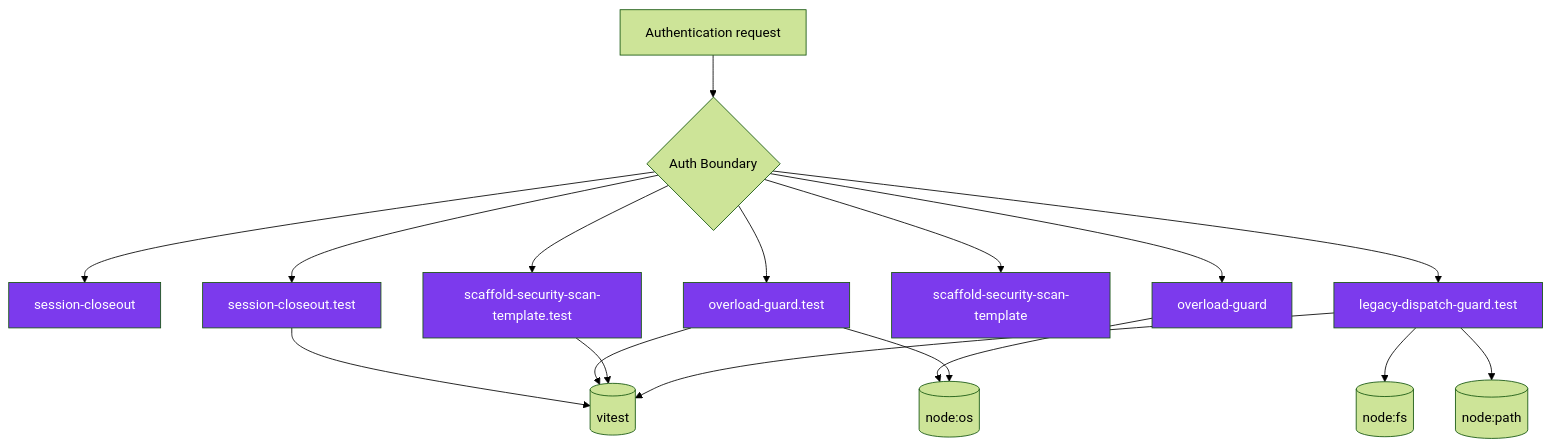
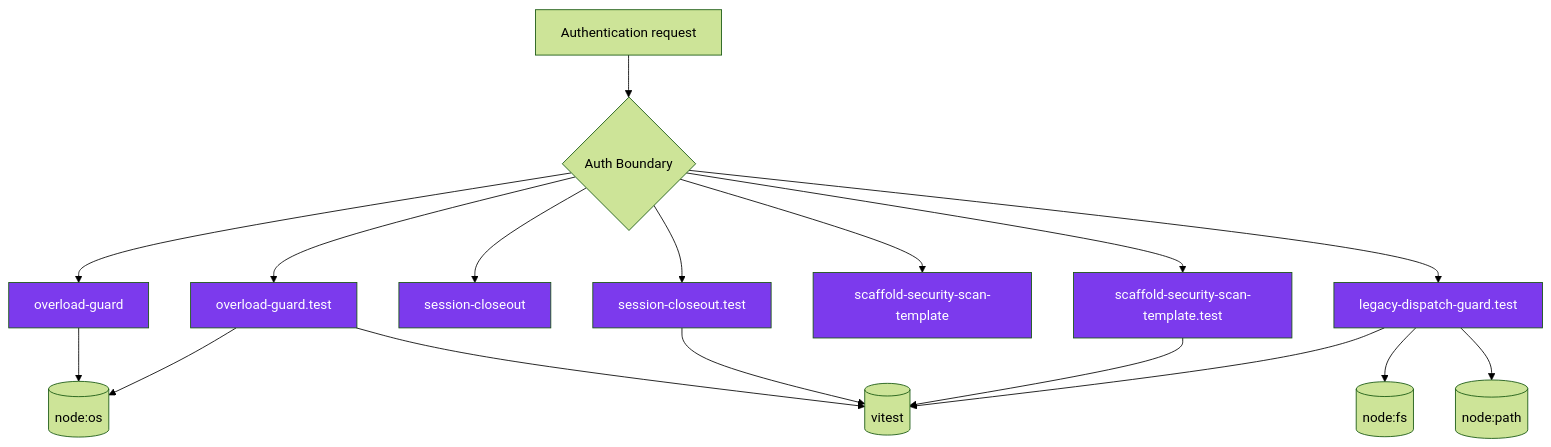
Before and after one commit to jscraik/coding-harness: the third of 14 diagrams in AI/context/diagram-context.md, drawn with Mermaid (forest theme). The commit also changed other lines of this file and 200 other files, not shown here.

````diff
--- a/AI/context/diagram-context.md
+++ b/AI/context/diagram-context.md
@@ -329,35 +446,35 @@
 ```mermaid
 flowchart TD
   Request["Authentication request"]
   Boundary{"Auth Boundary"}
   Request --> Boundary
+  overload_guard_2748c559["overload-guard"]
+  Boundary --> overload_guard_2748c559
+  overload_guard_test_6ece9f86["overload-guard.test"]
+  Boundary --> overload_guard_test_6ece9f86
   session_closeout_f3efb270["session-closeout"]
   Boundary --> session_closeout_f3efb270
   session_closeout_test_aa1fd09d["session-closeout.test"]
   Boundary --> session_closeout_test_aa1fd09d
-  overload_guard_2748c559["overload-guard"]
-  Boundary --> overload_guard_2748c559
-  overload_guard_test_6ece9f86["overload-guard.test"]
-  Boundary --> overload_guard_test_6ece9f86
   scaffold_security_scan_template_55bc7465["scaffold-security-scan-template"]
   Boundary --> scaffold_security_scan_template_55bc7465
   scaffold_security_scan_template_test_3314b8b2["scaffold-security-scan-template.test"]
   Boundary --> scaffold_security_scan_template_test_3314b8b2
   legacy_dispatch_guard_test_4700087d["legacy-dispatch-guard.test"]
   Boundary --> legacy_dispatch_guard_test_4700087d
+  ext_node_os_e9717731[("node:os")]
   ext_vitest_a9127f3d[("vitest")]
-  ext_node_os_e9717731[("node:os")]
   ext_node_fs_df6b52af[("node:fs")]
   ext_node_path_0e7d56ab[("node:path")]
-  session_closeout_test_aa1fd09d --> ext_vitest_a9127f3d
   overload_guard_2748c559 --> ext_node_os_e9717731
   overload_guard_test_6ece9f86 --> ext_node_os_e9717731
   overload_guard_test_6ece9f86 --> ext_vitest_a9127f3d
+  session_closeout_test_aa1fd09d --> ext_vitest_a9127f3d
   scaffold_security_scan_template_test_3314b8b2 --> ext_vitest_a9127f3d
   legacy_dispatch_guard_test_4700087d --> ext_node_fs_df6b52af
   legacy_dispatch_guard_test_4700087d --> ext_node_path_0e7d56ab
   legacy_dispatch_guard_test_4700087d --> ext_vitest_a9127f3d
   classDef authNode fill:#7c3aed,color:#fff
-  class session_closeout_f3efb270,session_closeout_test_aa1fd09d,overload_guard_2748c559,overload_guard_test_6ece9f86,scaffold_security_scan_template_55bc7465,scaffold_security_scan_template_test_3314b8b2,legacy_dispatch_guard_test_4700087d authNode
+  class overload_guard_2748c559,overload_guard_test_6ece9f86,session_closeout_f3efb270,session_closeout_test_aa1fd09d,scaffold_security_scan_template_55bc7465,scaffold_security_scan_template_test_3314b8b2,legacy_dispatch_guard_test_4700087d authNode
 
 ```
````
